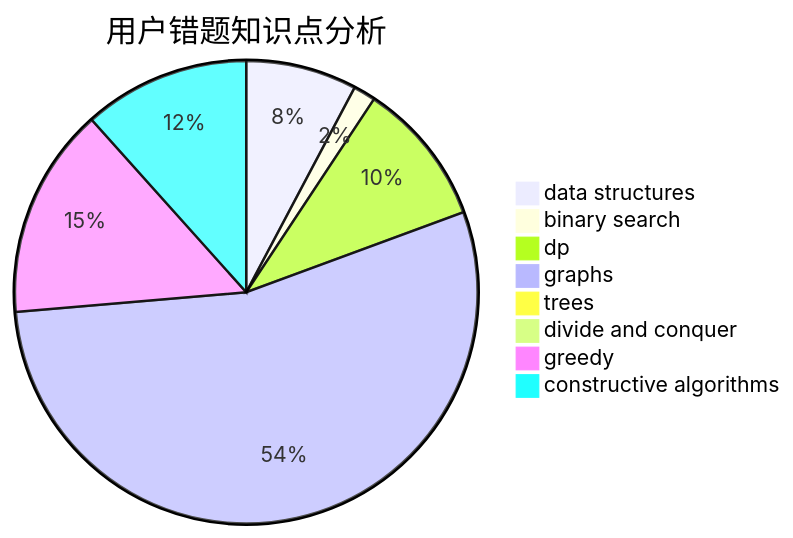
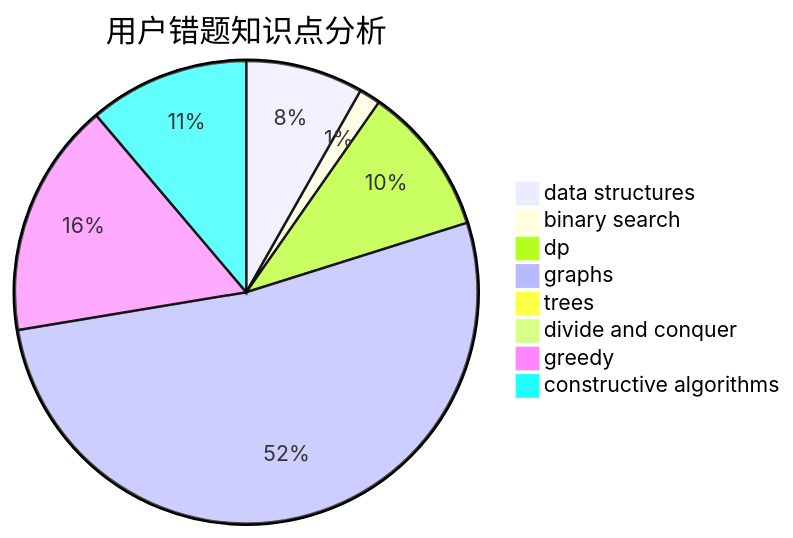
The third of 3 diagrams in docs/user/u578.md (sherpahu/cfrs.github.io), drawn with Mermaid before and after one commit. The commit also changed other lines of this file and 2770 other files, not shown here.

````diff
--- a/docs/user/u578.md
+++ b/docs/user/u578.md
@@ -36,11 +36,11 @@
 ```mermaid
 pie title 用户错题知识点分析
-    "data structures" :  10
+    "data structures" :  11
     "binary search" :  2
-    "dp" :  13
+    "dp" :  14
     "graphs" :  70
     "trees" :  0
     "divide and conquer" :  0
-    "greedy" :  19
+    "greedy" :  22
     "constructive algorithms" :  15
 ```
````
